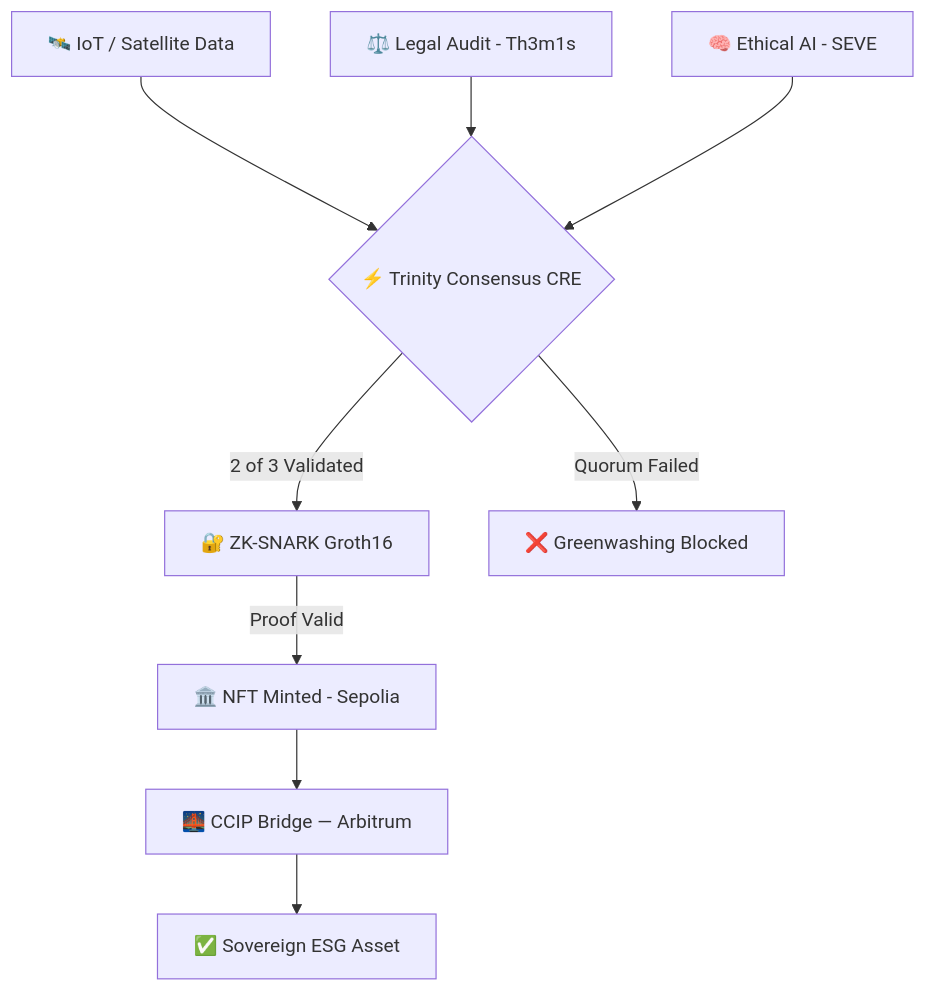
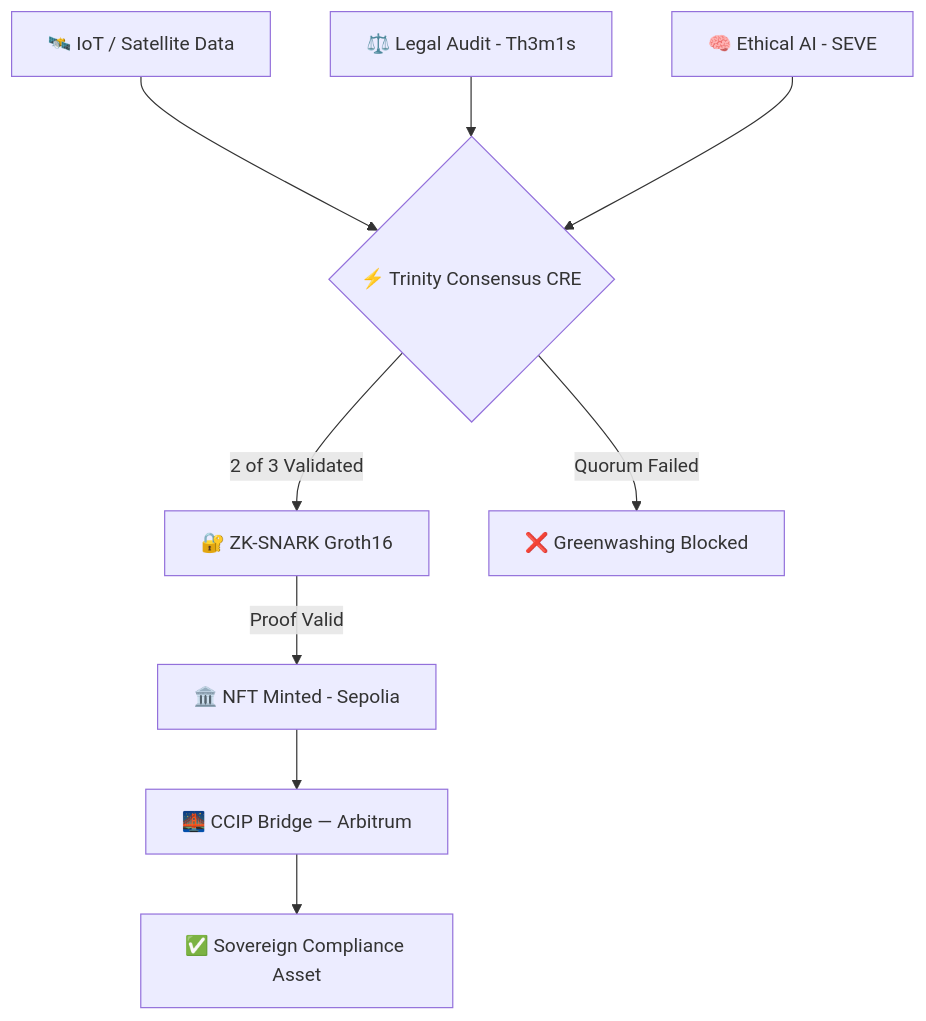
The diagram in README.md (SH1W4/greenproof-zk-esg), drawn with Mermaid before and after one commit. The commit also changed other lines of this file, not shown here.

Commit message:
docs: broaden scope to Universal Cryptographic Compliance & fix formatting

````diff
--- a/README.md
+++ b/README.md
@@ -187,11 +187,11 @@
 ```mermaid
 graph TD
     A[🛰️ IoT / Satellite Data] --> B{⚡ Trinity Consensus CRE}
     C[⚖️ Legal Audit - Th3m1s] --> B
     D[🧠 Ethical AI - SEVE] --> B
     B -->|2 of 3 Validated| E[🔐 ZK-SNARK Groth16]
     B -->|Quorum Failed| F[❌ Greenwashing Blocked]
     E -->|Proof Valid| G[🏛️ NFT Minted - Sepolia]
     G --> H[🌉 CCIP Bridge — Arbitrum]
-    H --> I[✅ Sovereign ESG Asset]
+    H --> I[✅ Sovereign Compliance Asset]
 ```
````
